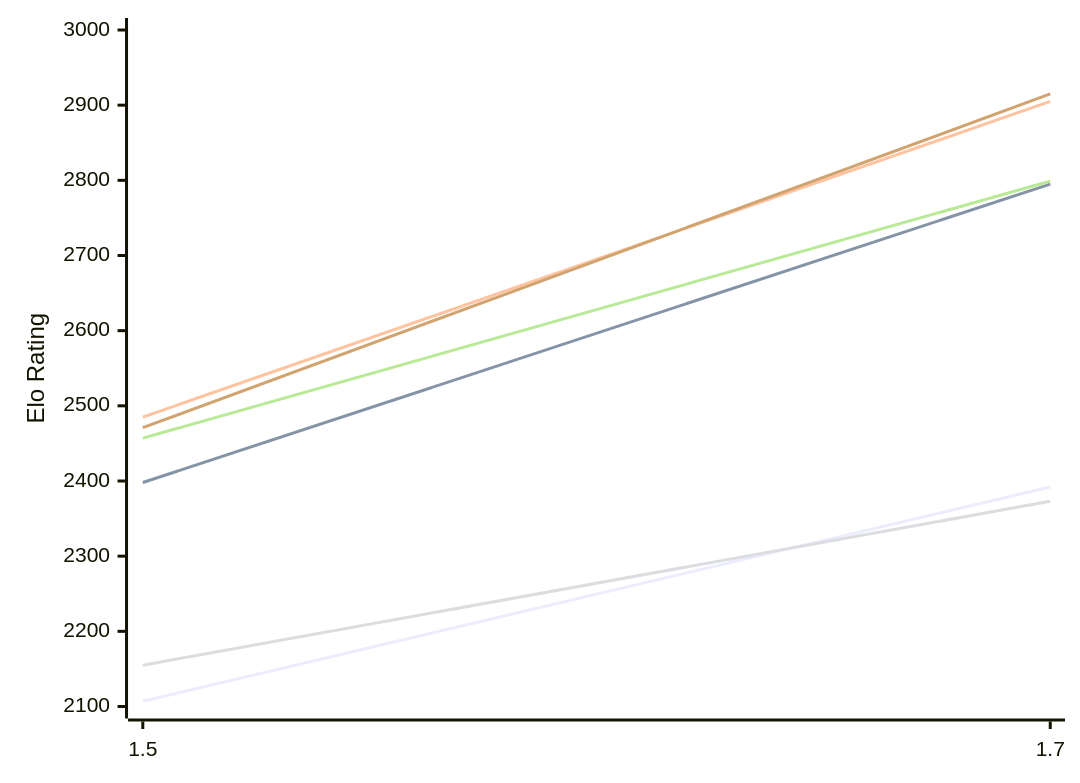
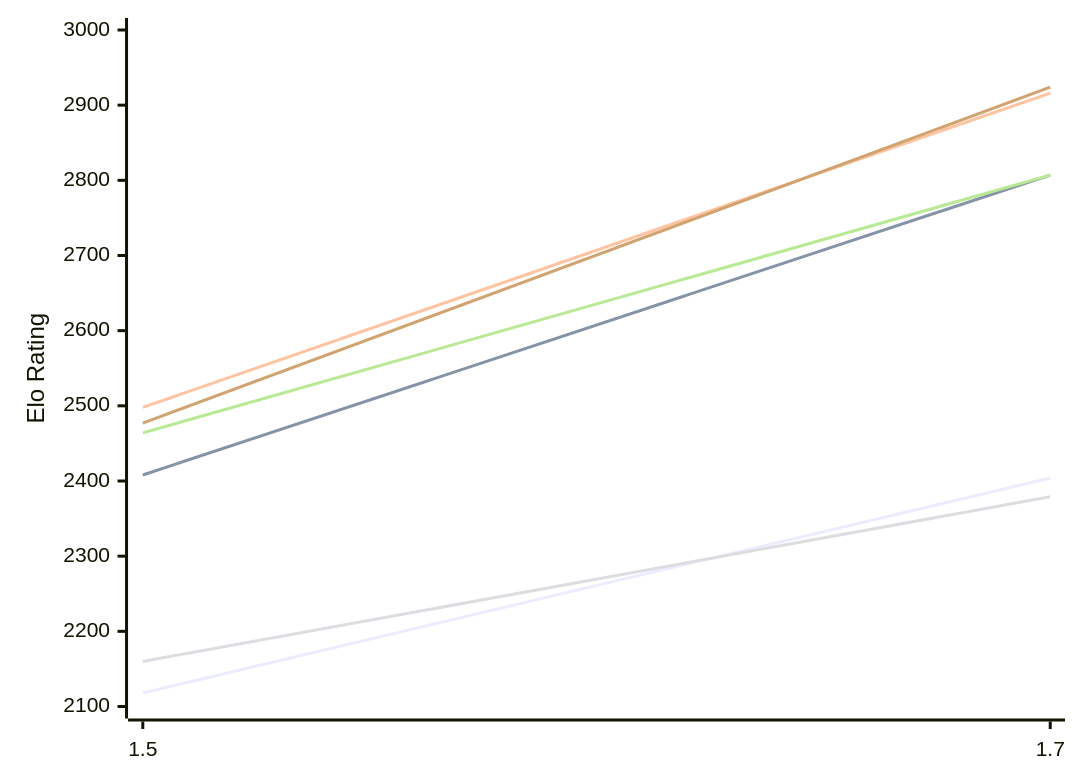
The first of 2 diagrams in engines/Facon.md (computer-chess-index/cci), drawn with Mermaid before and after one commit. The commit also changed other lines of this file, not shown here.

Commit message:
Update CCI Ratings (ELO VLTC) - 2026-10-25

````diff
--- a/engines/Facon.md
+++ b/engines/Facon.md
@@ -52,12 +52,12 @@
 ```mermaid
 %%{init: {"theme":"base","themeVariables":{"seriesColors:['#a3a3a3','#222221','#faa371']}}}%%
 xychart-beta
   x-axis ["1.5", "1.7"]
   y-axis "Elo Rating" 2100 --> 3000
-  line "E1: STC (8.0+0.08s)" [2107, 2392]
-  line "E1: LTC (60.0+0.60s)" [2398, 2795]
-  line "E1: VLTC (2m24s+1.12s)" [2485, 2905]
-  line "P1: STC (8.0+0.08s)" [2155, 2373]
-  line "P1: LTC (60.0+0.60s)" [2457, 2799]
-  line "P1: VLTC (2m24s+1.12s)" [2471, 2915]
+  line "E1: STC (8.0+0.08s)" [2118, 2404]
+  line "E1: LTC (60.0+0.60s)" [2408, 2807]
+  line "E1: VLTC (2m24s+1.12s)" [2498, 2916]
+  line "P1: STC (8.0+0.08s)" [2160, 2379]
+  line "P1: LTC (60.0+0.60s)" [2464, 2807]
+  line "P1: VLTC (2m24s+1.12s)" [2477, 2924]
 ```
````
